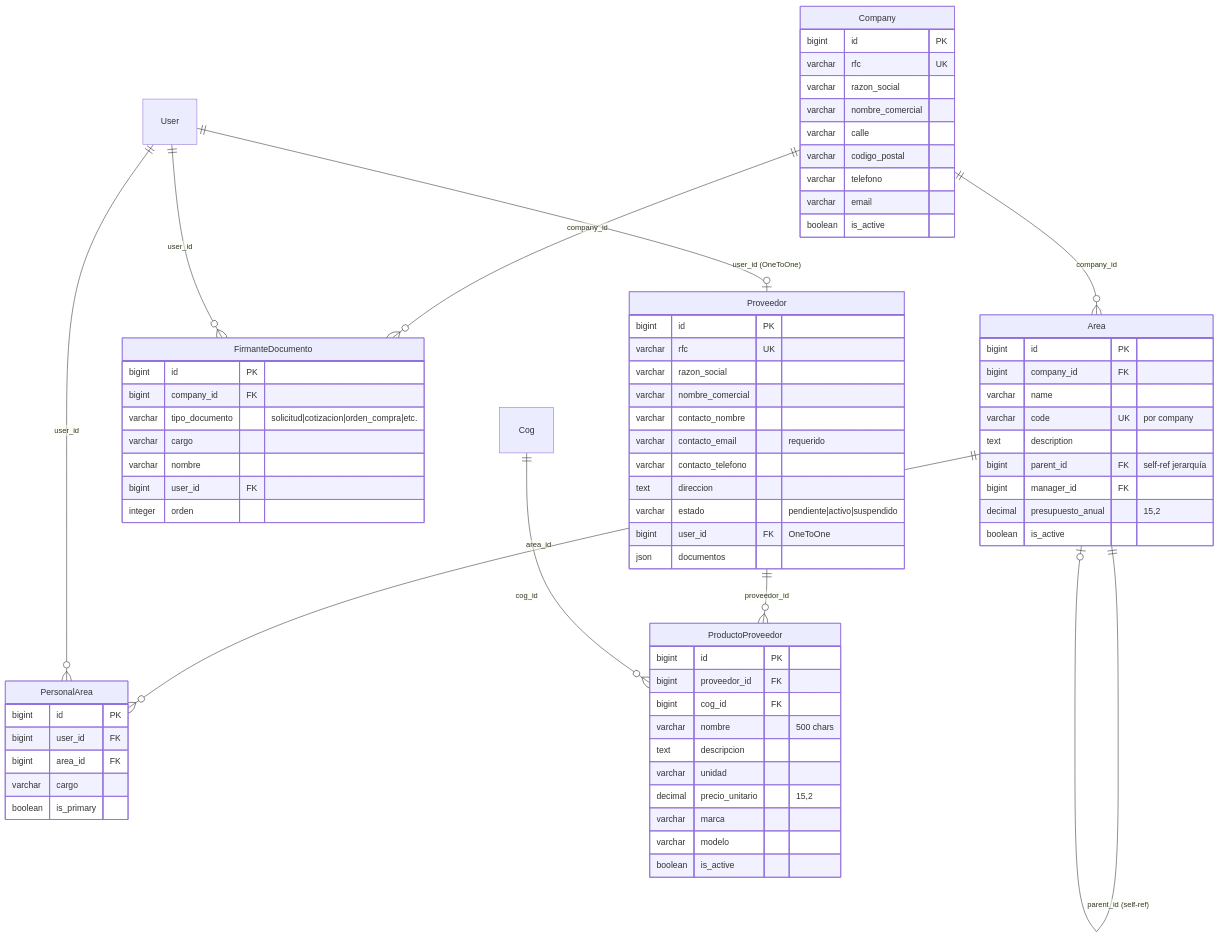
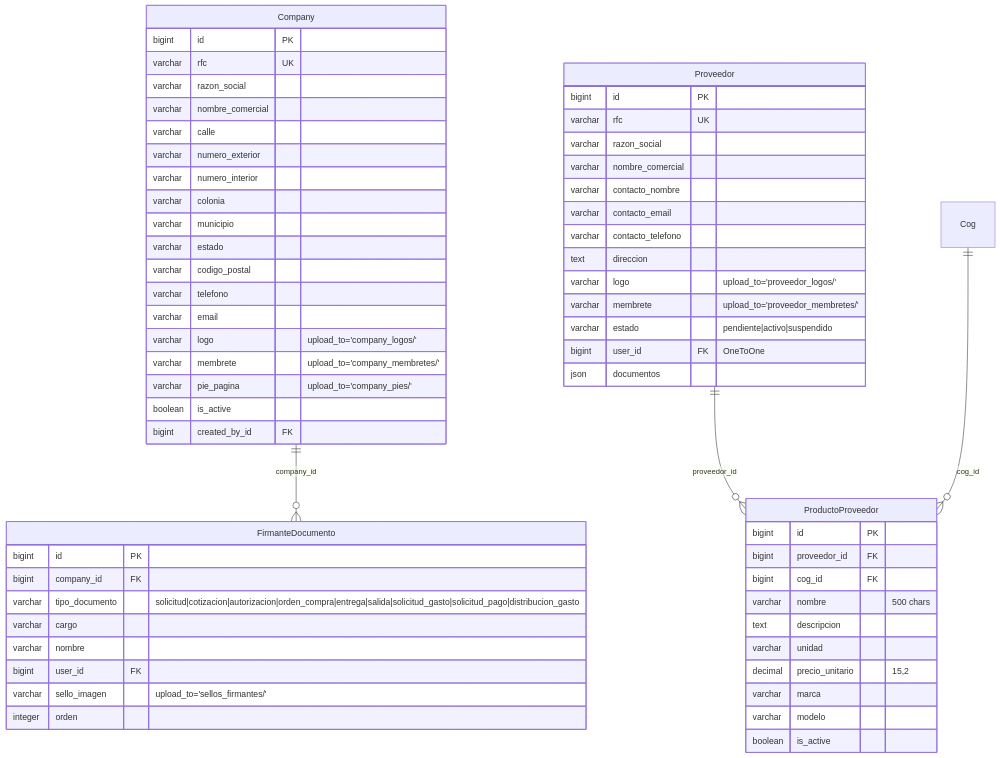
Before and after one commit to AsahioO/Gastos_Distribuidosv2: the third of 12 diagrams in docs/DATABASE.md, drawn with Mermaid. The commit also changed other lines of this file and 1 other file, not shown here.

First line of the commit message:
Add architecture diagrams for Gastos Distribuidos v2

````diff
--- a/docs/DATABASE.md
+++ b/docs/DATABASE.md
@@ -259,81 +160,67 @@
 ```mermaid
 erDiagram
-    Company ||--o{ Area : "company_id"
     Company ||--o{ FirmanteDocumento : "company_id"
-    Area ||--o| Area : "parent_id (self-ref)"
-    Area ||--o{ PersonalArea : "area_id"
-    User ||--o{ PersonalArea : "user_id"
-    User ||--o| Proveedor : "user_id (OneToOne)"
-    User ||--o{ FirmanteDocumento : "user_id"
     Proveedor ||--o{ ProductoProveedor : "proveedor_id"
     Cog ||--o{ ProductoProveedor : "cog_id"
 
     Company {
         bigint id PK
         varchar rfc UK
         varchar razon_social
         varchar nombre_comercial
         varchar calle
+        varchar numero_exterior
+        varchar numero_interior
+        varchar colonia
+        varchar municipio
+        varchar estado
         varchar codigo_postal
         varchar telefono
         varchar email
+        varchar logo "upload_to='company_logos/'"
+        varchar membrete "upload_to='company_membretes/'"
+        varchar pie_pagina "upload_to='company_pies/'"
         boolean is_active
+        bigint created_by_id FK
     }
 
     Proveedor {
         bigint id PK
         varchar rfc UK
         varchar razon_social
         varchar nombre_comercial
         varchar contacto_nombre
-        varchar contacto_email "requerido"
+        varchar contacto_email
         varchar contacto_telefono
         text direccion
+        varchar logo "upload_to='proveedor_logos/'"
+        varchar membrete "upload_to='proveedor_membretes/'"
         varchar estado "pendiente|activo|suspendido"
         bigint user_id FK "OneToOne"
         json documentos
     }
 
     ProductoProveedor {
         bigint id PK
         bigint proveedor_id FK
         bigint cog_id FK
         varchar nombre "500 chars"
         text descripcion
         varchar unidad
         decimal precio_unitario "15,2"
         varchar marca
         varchar modelo
         boolean is_active
     }
 
     FirmanteDocumento {
         bigint id PK
         bigint company_id FK
-        varchar tipo_documento "solicitud|cotizacion|orden_compra|etc."
+        varchar tipo_documento "solicitud|cotizacion|autorizacion|orden_compra|entrega|salida|solicitud_gasto|solicitud_pago|distribucion_gasto"
         varchar cargo
         varchar nombre
         bigint user_id FK
+        varchar sello_imagen "upload_to='sellos_firmantes/'"
         integer orden
     }
-
-    Area {
-        bigint id PK
-        bigint company_id FK
-        varchar name
-        varchar code UK "por company"
-        text description
-        bigint parent_id FK "self-ref jerarquía"
-        bigint manager_id FK
-        decimal presupuesto_anual "15,2"
-        boolean is_active
-    }
-
-    PersonalArea {
-        bigint id PK
-        bigint user_id FK
-        bigint area_id FK
-        varchar cargo
-        boolean is_primary
-    }
 ```
````
